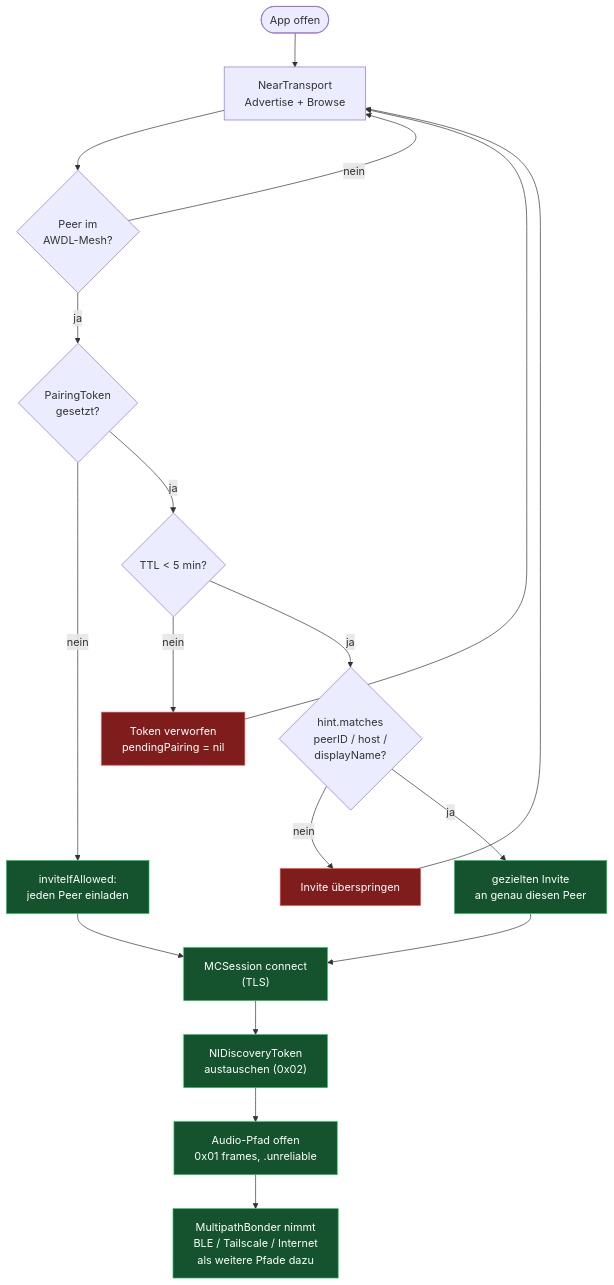
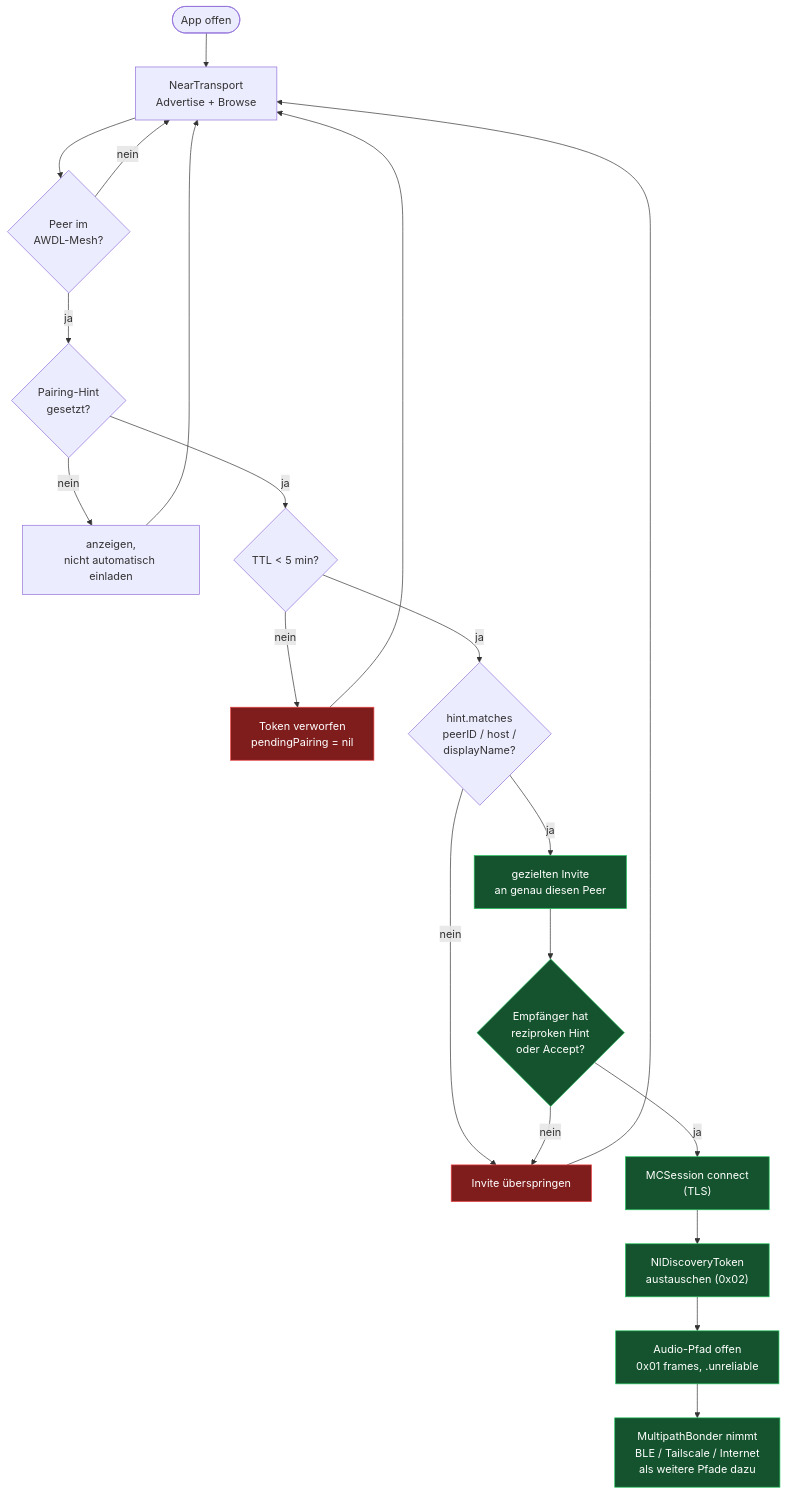
Before and after one commit to Martin-Hausleitner/Sonar: the fourth of 7 diagrams in README.md, drawn with Mermaid. The commit also changed other lines of this file and 60 other files, not shown here.

````diff
--- a/README.md
+++ b/README.md
@@ -271,28 +272,30 @@
 ```mermaid
 flowchart TD
     Start([App offen]) --> Adv["NearTransport<br/>Advertise + Browse"]
     Adv --> Found{"Peer im<br/>AWDL-Mesh?"}
     Found -->|nein| Adv
-    Found -->|ja| QR{"PairingToken<br/>gesetzt?"}
+    Found -->|ja| QR{"Pairing-Hint<br/>gesetzt?"}
 
-    QR -->|nein| Auto["inviteIfAllowed:<br/>jeden Peer einladen"]
+    QR -->|nein| Auto["anzeigen,<br/>nicht automatisch einladen"]
     QR -->|ja| TTL{"TTL &lt; 5 min?"}
     TTL -->|nein| Reject["Token verworfen<br/>pendingPairing = nil"]
     TTL -->|ja| Match{"hint.matches<br/>peerID / host /<br/>displayName?"}
 
     Match -->|nein| Skip["Invite überspringen"]
     Match -->|ja| Targeted["gezielten Invite<br/>an genau diesen Peer"]
 
     Skip --> Adv
     Reject --> Adv
-    Auto --> MCS
-    Targeted --> MCS["MCSession connect<br/>(TLS)"]
+    Auto --> Adv
+    Targeted --> Recip{"Empfänger hat<br/>reziproken Hint<br/>oder Accept?"}
+    Recip -->|nein| Skip
+    Recip -->|ja| MCS["MCSession connect<br/>(TLS)"]
     MCS --> NI["NIDiscoveryToken<br/>austauschen (0x02)"]
     NI --> Audio["Audio-Pfad offen<br/>0x01 frames, .unreliable"]
     Audio --> More["MultipathBonder nimmt<br/>BLE / Tailscale / Internet<br/>als weitere Pfade dazu"]
 
     classDef ok fill:#14532d,stroke:#22c55e,color:#fff
     classDef bad fill:#7f1d1d,stroke:#ef4444,color:#fff
-    class MCS,NI,Audio,More,Targeted,Auto ok
+    class MCS,NI,Audio,More,Targeted,Recip ok
     class Reject,Skip bad
 ```
````
